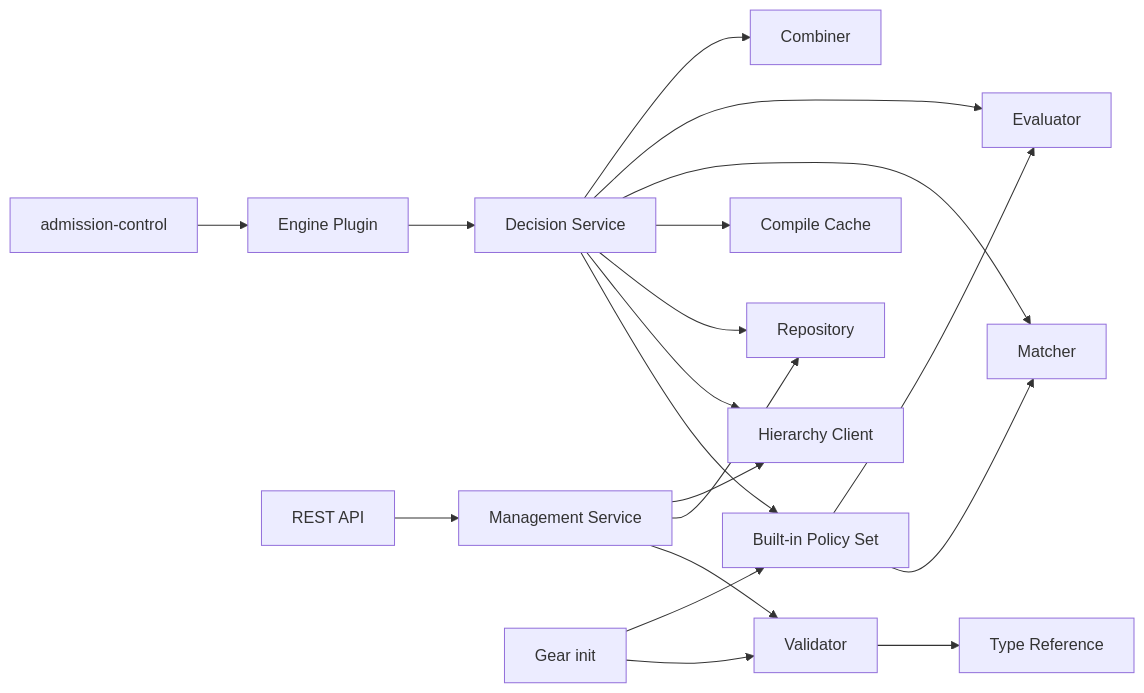
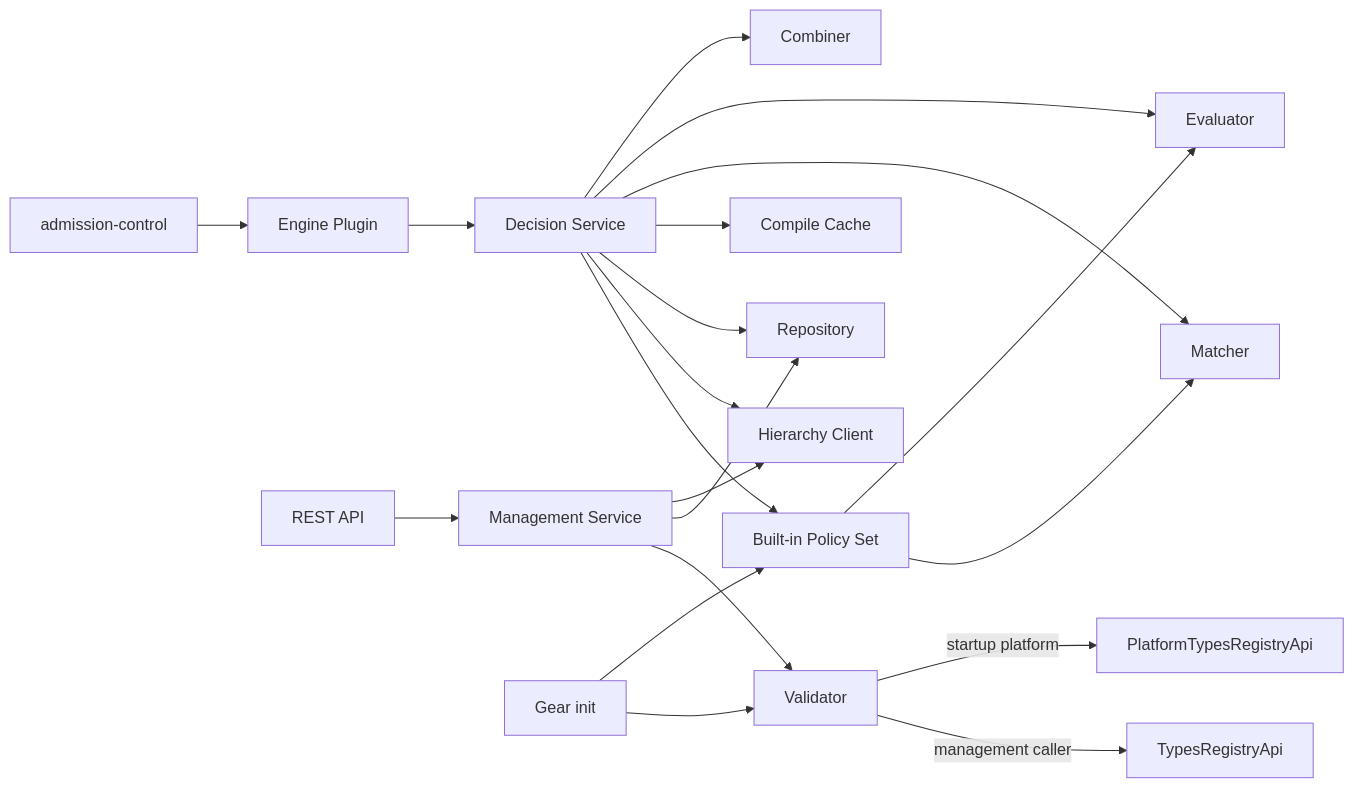
The first of 3 diagrams in gears/system/policy-engine/docs/DESIGN.md (diffora/gears-rust), drawn with Mermaid before and after one commit. The commit also changed other lines of this file and 39 other files, not shown here.

````diff
--- a/gears/system/policy-engine/docs/DESIGN.md
+++ b/gears/system/policy-engine/docs/DESIGN.md
@@ -235,21 +236,22 @@
 ```mermaid
 flowchart LR
     GW[admission-control] --> PL[Engine Plugin]
     PL --> DS[Decision Service]
     DS --> BS[Built-in Policy Set]
     DS --> HC[Hierarchy Client]
     DS --> RP[Repository]
     DS --> CC[Compile Cache]
     DS --> MA[Matcher]
     DS --> EV[Evaluator]
     DS --> CB[Combiner]
     BS --> MA
     BS --> EV
     REST[REST API] --> MG[Management Service]
     MG --> VA[Validator]
-    VA --> TR[Type Reference]
+    VA -->|management caller| TR[TypesRegistryApi]
+    VA -->|startup platform| PTR[PlatformTypesRegistryApi]
     MG --> RP
     MG --> HC
     INIT[Gear init] --> VA
     INIT --> BS
 ```
````
